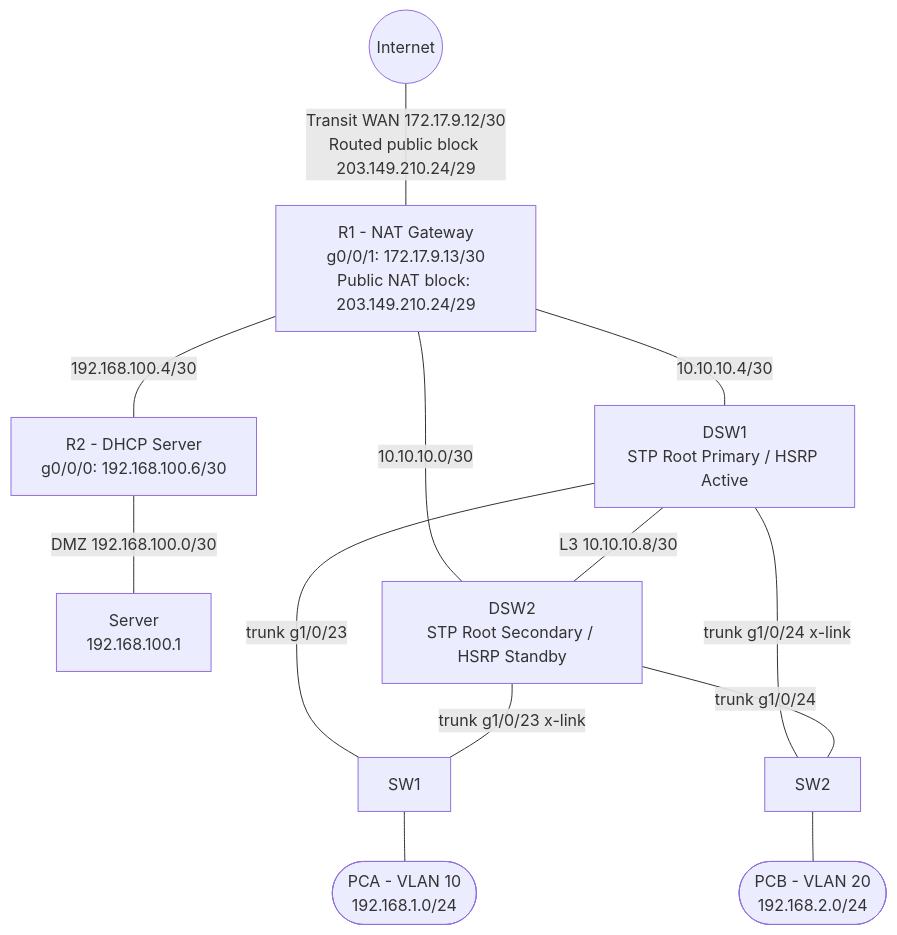
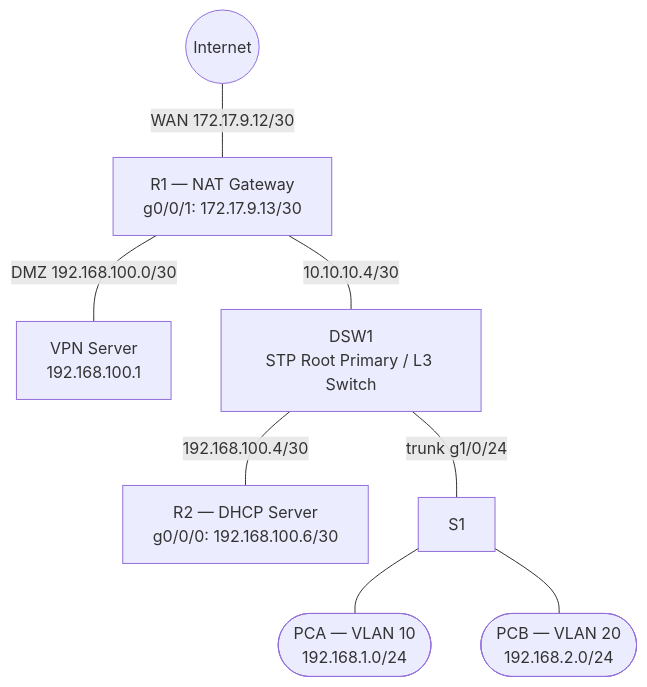
Before and after one commit to iamsven2005/netsec: the diagram in everythingv1.md, drawn with Mermaid. The commit also changed other lines of this file and 2 other files, not shown here.

````diff
--- a/everythingv1.md
+++ b/everythingv1.md
@@ -332,26 +195,19 @@
 ```mermaid
 graph TD
     INET((Internet))
-    R1["R1 - NAT Gateway\ng0/0/1: 172.17.9.13/30\nPublic NAT block: 203.149.210.24/29"]
-    SRV["Server\n192.168.100.1"]
-    R2["R2 - DHCP Server\ng0/0/0: 192.168.100.6/30"]
-    DSW1["DSW1\nSTP Root Primary / HSRP Active"]
-    DSW2["DSW2\nSTP Root Secondary / HSRP Standby"]
-    SW1[SW1]
-    SW2[SW2]
-    PCA(["PCA - VLAN 10\n192.168.1.0/24"])
-    PCB(["PCB - VLAN 20\n192.168.2.0/24"])
+    R1["R1 — NAT Gateway\ng0/0/1: 172.17.9.13/30"]
+    VPN["VPN Server\n192.168.100.1"]
+    R2["R2 — DHCP Server\ng0/0/0: 192.168.100.6/30"]
+    DSW1["DSW1\nSTP Root Primary / L3 Switch"]
+    S1[S1]
+    PCA(["PCA — VLAN 10\n192.168.1.0/24"])
+    PCB(["PCB — VLAN 20\n192.168.2.0/24"])
 
-    INET --- |Transit WAN 172.17.9.12/30\nRouted public block 203.149.210.24/29| R1
-    R1 --- |192.168.100.4/30| R2
-    R2 --- |DMZ 192.168.100.0/30| SRV
+    INET --- |WAN 172.17.9.12/30| R1
+    R1 --- |DMZ 192.168.100.0/30| VPN
     R1 --- |10.10.10.4/30| DSW1
-    R1 --- |10.10.10.0/30| DSW2
-    DSW1 --- |L3 10.10.10.8/30| DSW2
-    DSW1 --- |trunk g1/0/23| SW1
-    DSW1 --- |trunk g1/0/24 x-link| SW2
-    DSW2 --- |trunk g1/0/23 x-link| SW1
-    DSW2 --- |trunk g1/0/24| SW2
-    SW1 --- PCA
-    SW2 --- PCB
+    DSW1 --- |192.168.100.4/30| R2
+    DSW1 --- |trunk g1/0/24| S1
+    S1 --- PCA
+    S1 --- PCB
 ```
````
